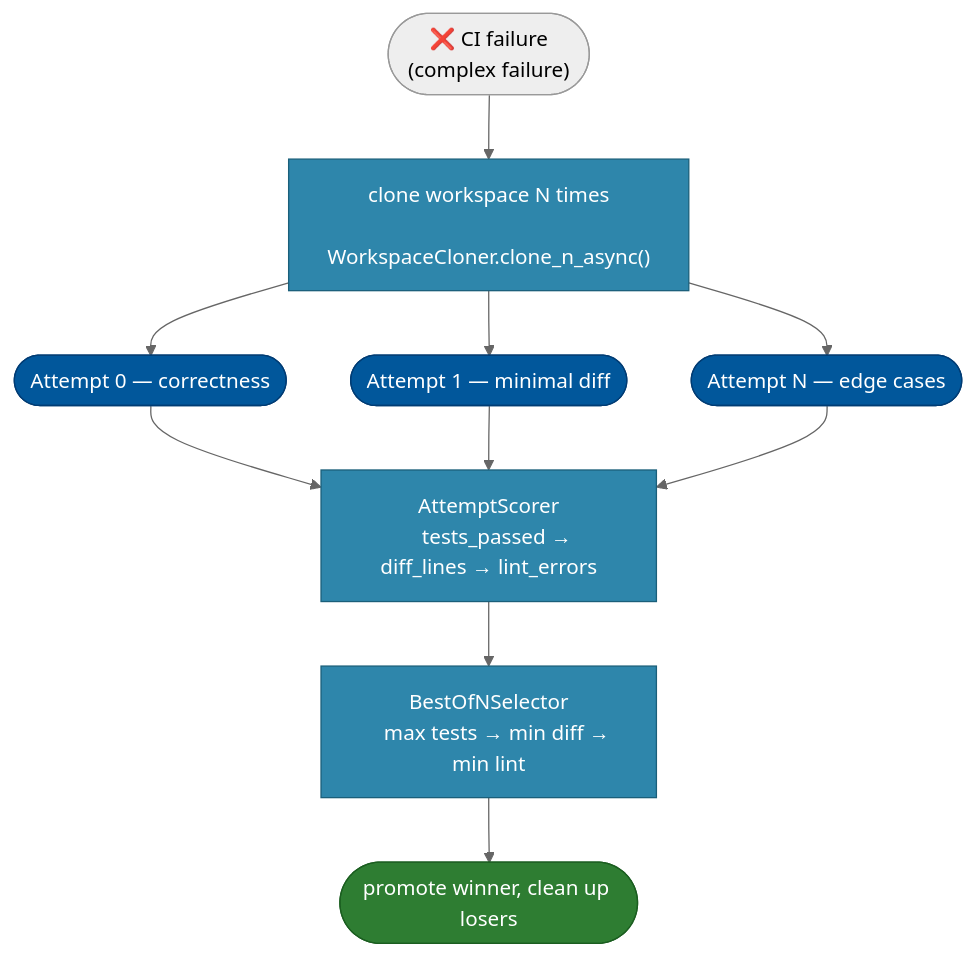
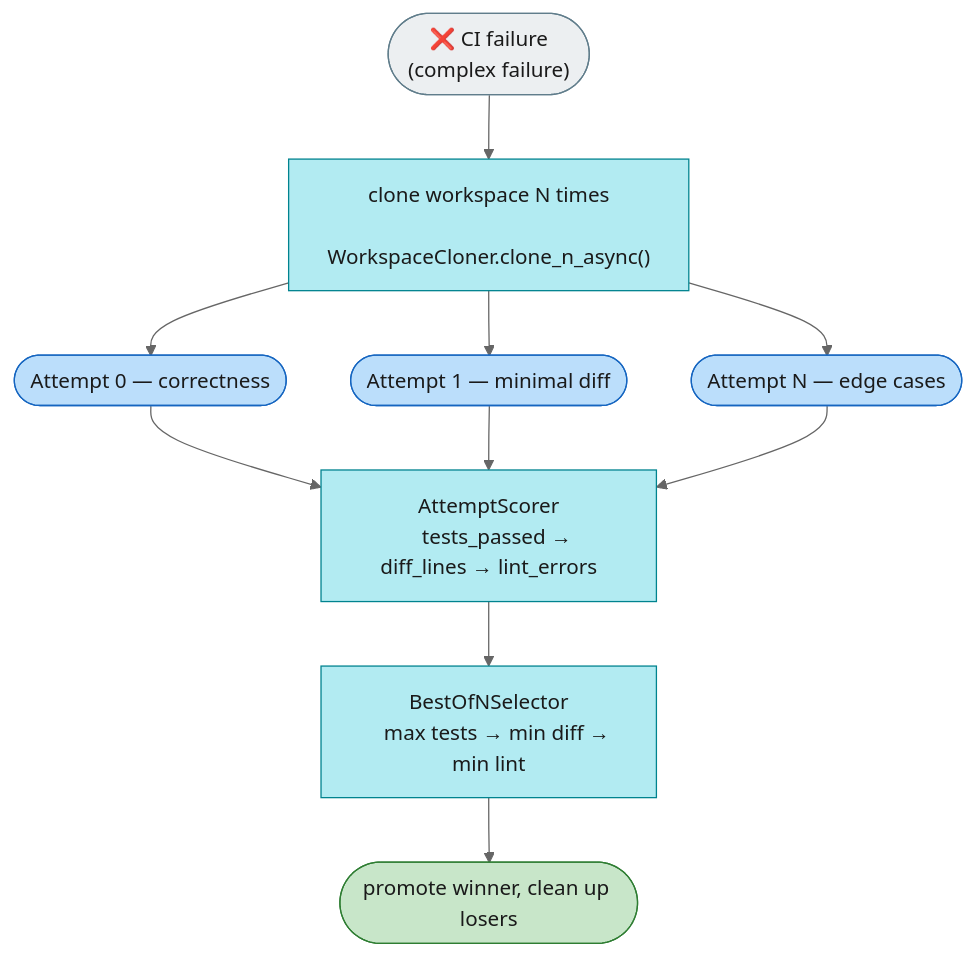
One commit to michaelatamuk/agentic-desk changed the second of 3 diagrams in docs-michael/issues/03-feat-auto-harness-best-of-n.md. Above: the diagram before and after it, drawn with Mermaid (neutral theme). The commit also changed other lines of this file and 6 other files, not shown here.

````diff
--- a/docs-michael/issues/03-feat-auto-harness-best-of-n.md
+++ b/docs-michael/issues/03-feat-auto-harness-best-of-n.md
@@ -171,24 +61,25 @@
 ```mermaid
 flowchart TD
-    classDef ac   fill:#2E86AB,color:#fff,stroke:#1a5f7a
-    classDef run  fill:#01579B,color:#fff,stroke:#003c74
-    classDef done fill:#2E7D32,color:#fff,stroke:#1B5E20
+    classDef ac    fill:#B2EBF2,color:#1a1a1a,stroke:#00838F
+    classDef run   fill:#BBDEFB,color:#1a1a1a,stroke:#1565C0
+    classDef done  fill:#C8E6C9,color:#1a1a1a,stroke:#2E7D32
+    classDef plain fill:#ECEFF1,color:#1a1a1a,stroke:#607D8B
 
     CI(["❌ CI failure
-    (complex failure)"])
+    (complex failure)"]):::plain
 
     CI --> CLONE["clone workspace N times
     WorkspaceCloner.clone_n_async()"]:::ac
 
     CLONE --> R1(["Attempt 0 — correctness"]):::run
     CLONE --> R2(["Attempt 1 — minimal diff"]):::run
     CLONE --> RN(["Attempt N — edge cases"]):::run
 
     R1 & R2 & RN --> SCORE["AttemptScorer
     tests_passed → diff_lines → lint_errors"]:::ac
 
     SCORE --> PICK["BestOfNSelector
     max tests → min diff → min lint"]:::ac
 
     PICK --> PROMOTE(["promote winner, clean up losers"]):::done
 ```
````
